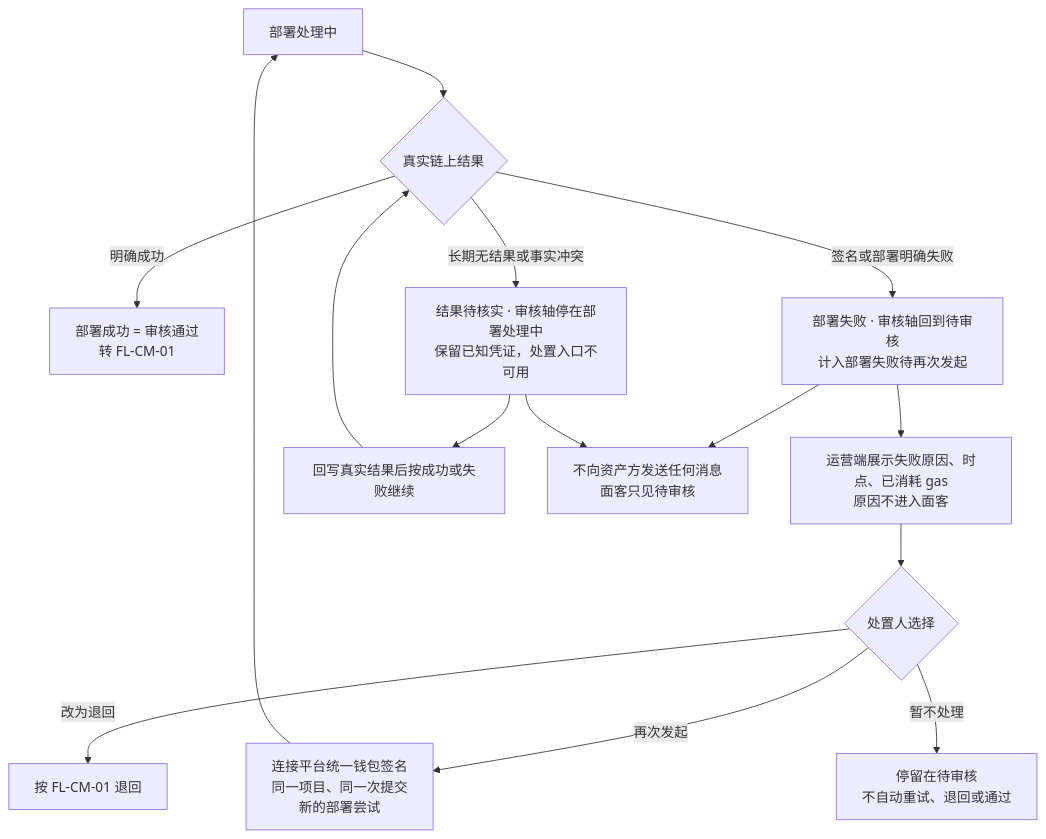
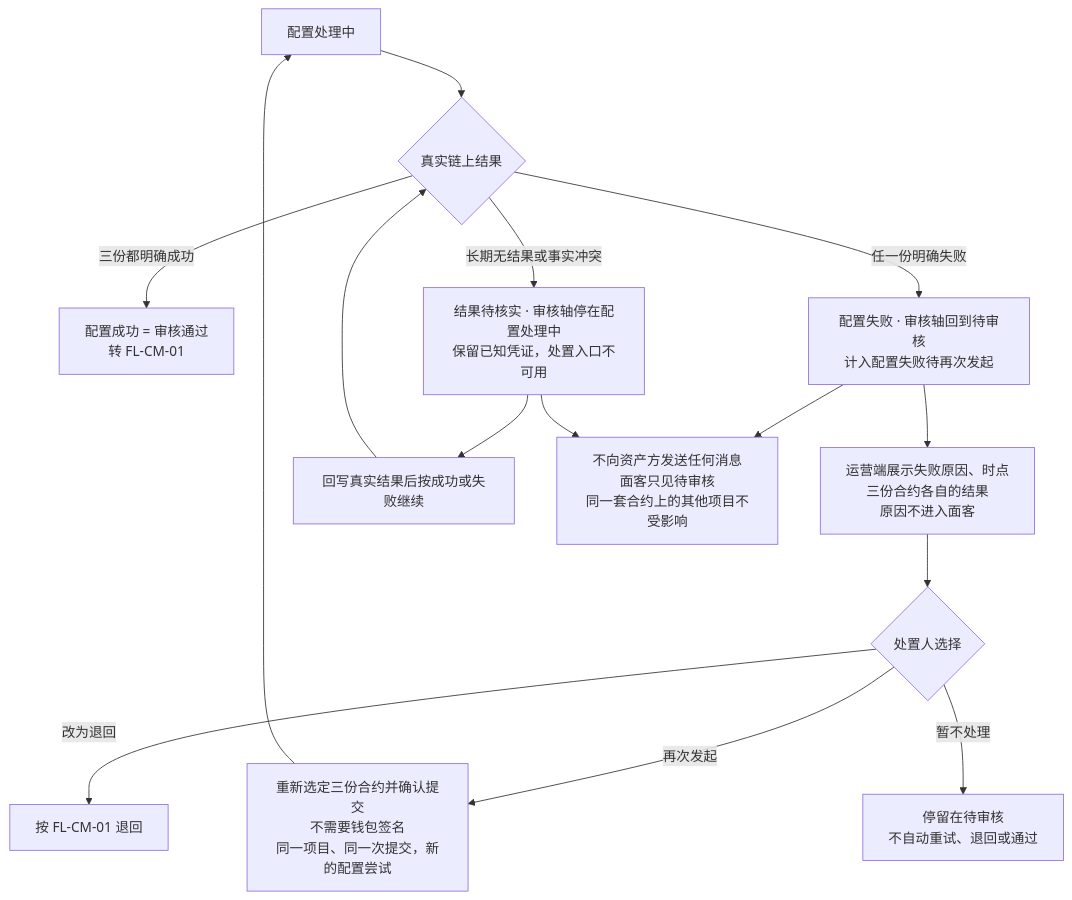
One commit to wxblockchain/Chain-Financing changed the second of 5 diagrams in lending-platform/PRD/运营端/04-运营端项目合约管理/02-运营端项目合约管理-流程图与状态机.md. Above: the diagram before and after it, drawn with Mermaid. The commit also changed other lines of this file and 4 other files, not shown here.

````diff
--- a/lending-platform/PRD/运营端/04-运营端项目合约管理/02-运营端项目合约管理-流程图与状态机.md
+++ b/lending-platform/PRD/运营端/04-运营端项目合约管理/02-运营端项目合约管理-流程图与状态机.md
@@ -53,17 +56,17 @@
 ```mermaid
 flowchart TD
-  A["部署处理中"] --> B{"真实链上结果"}
-  B -- "明确成功" --> E["部署成功 = 审核通过<br/>转 FL-CM-01"]
-  B -- "签名或部署明确失败" --> C["部署失败 · 审核轴回到待审核<br/>计入部署失败待再次发起"]
-  B -- "长期无结果或事实冲突" --> D["结果待核实 · 审核轴停在部署处理中<br/>保留已知凭证，处置入口不可用"]
-  C --> C1["运营端展示失败原因、时点、已消耗 gas<br/>原因不进入面客"]
+  A["配置处理中"] --> B{"真实链上结果"}
+  B -- "三份都明确成功" --> E["配置成功 = 审核通过<br/>转 FL-CM-01"]
+  B -- "任一份明确失败" --> C["配置失败 · 审核轴回到待审核<br/>计入配置失败待再次发起"]
+  B -- "长期无结果或事实冲突" --> D["结果待核实 · 审核轴停在配置处理中<br/>保留已知凭证，处置入口不可用"]
+  C --> C1["运营端展示失败原因、时点<br/>三份合约各自的结果<br/>原因不进入面客"]
   C1 --> C2{"处置人选择"}
-  C2 -- "再次发起" --> C3["连接平台统一钱包签名<br/>同一项目、同一次提交<br/>新的部署尝试"]
+  C2 -- "再次发起" --> C3["重新选定三份合约并确认提交<br/>不需要钱包签名<br/>同一项目、同一次提交，新的配置尝试"]
   C3 --> A
   C2 -- "改为退回" --> R["按 FL-CM-01 退回"]
   C2 -- "暂不处理" --> C4["停留在待审核<br/>不自动重试、退回或通过"]
   D --> D2["回写真实结果后按成功或失败继续"]
   D2 --> B
-  C --> X["不向资产方发送任何消息<br/>面客只见待审核"]
+  C --> X["不向资产方发送任何消息<br/>面客只见待审核<br/>同一套合约上的其他项目不受影响"]
   D --> X
 ```
````
